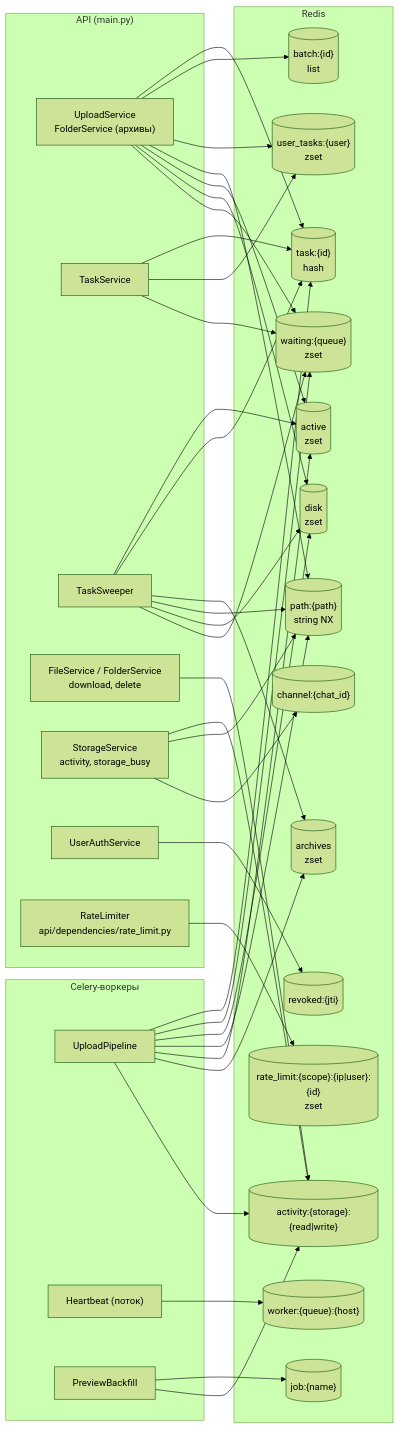
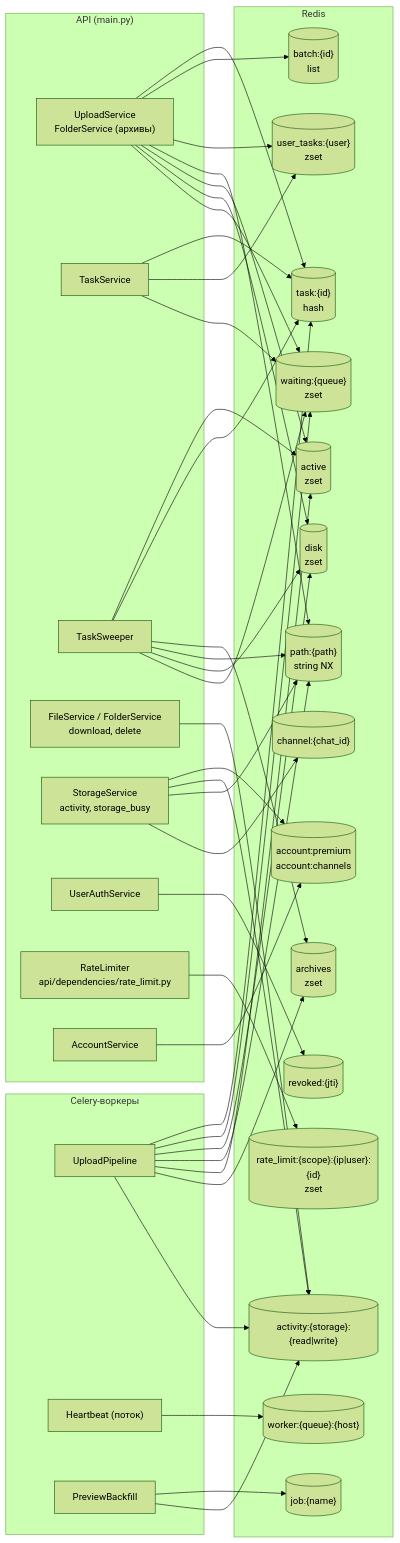
The diagram in docs/redis.md (NikitkaZXC/tcloud-backend), drawn with Mermaid (forest theme) before and after one commit. The commit also changed other lines of this file and 13 other files, not shown here.

Commit message:
perf: Telegram premium and channels count cached in Redis for REDIS_CACHE_TTL instead of API memory

````diff
--- a/docs/redis.md
+++ b/docs/redis.md
@@ -11,43 +11,47 @@
 ```mermaid
 flowchart LR
     subgraph api["API (main.py)"]
         us["UploadService<br/>FolderService (архивы)"]
         ts["TaskService"]
         sw["TaskSweeper"]
         fs["FileService / FolderService<br/>download, delete"]
         ss["StorageService<br/>activity, storage_busy"]
         ua["UserAuthService"]
         rl["RateLimiter<br/>api/dependencies/rate_limit.py"]
+        acs["AccountService"]
     end
     subgraph workers["Celery-воркеры"]
         pl["UploadPipeline"]
         hb["Heartbeat (поток)"]
         bf["PreviewBackfill"]
     end
     subgraph redis["Redis"]
         task[("task:{id}<br/>hash")]
         batch[("batch:{id}<br/>list")]
         owned[("user_tasks:{user}<br/>zset")]
         path[("path:{path}<br/>string NX")]
         active[("active<br/>zset")]
         disk[("disk<br/>zset")]
         waiting[("waiting:{queue}<br/>zset")]
         archives[("archives<br/>zset")]
         worker[("worker:{queue}:{host}")]
         activity[("activity:{storage}:{read|write}")]
         revoked[("revoked:{jti}")]
         rate[("rate_limit:{scope}:{ip|user}:{id}<br/>zset")]
         job[("job:{name}")]
         channel[("channel:{chat_id}")]
+        account[("account:premium<br/>account:channels")]
     end
+    acs --> account
+    ss --> account
     us --> task & batch & owned & path & active & disk & waiting
     ts --> task & owned & waiting
     sw --> active & task & archives & path & disk & waiting
     pl --> task & waiting & disk & path & active & archives & activity
     bf --> job & activity
     hb --> worker
     fs --> activity
     ss --> activity & path & channel
     ua --> revoked
     rl --> rate
 ```
````
